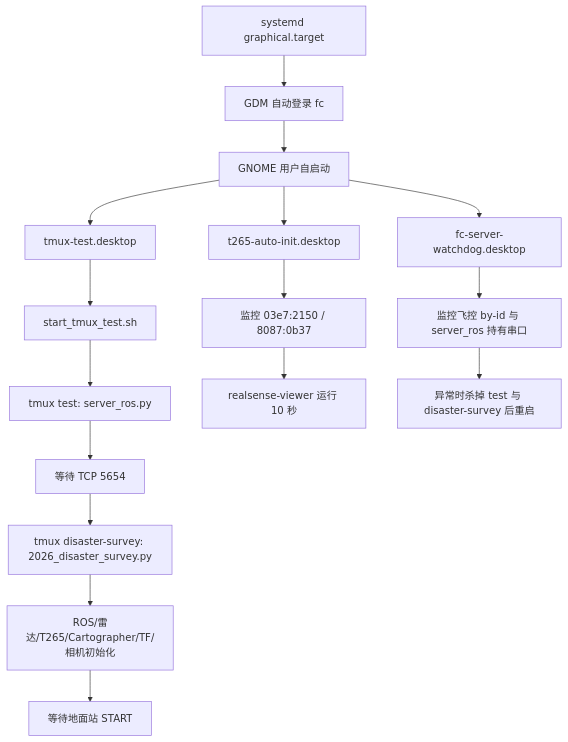
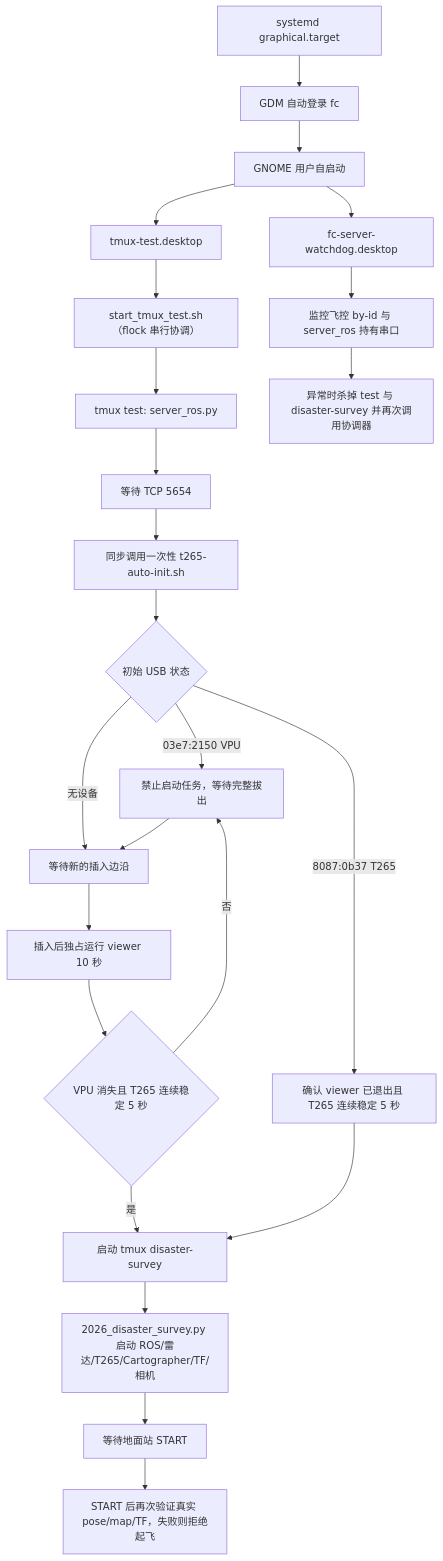
One commit to Cooper3516833584/DDDDDDRONE changed the diagram in FC_AUTOSTART_INVENTORY.md. Above: the diagram before and after it, drawn with Mermaid. The commit also changed other lines of this file, not shown here.

````diff
--- a/FC_AUTOSTART_INVENTORY.md
+++ b/FC_AUTOSTART_INVENTORY.md
@@ -20,18 +21,26 @@
 ```mermaid
 flowchart TD
     A["systemd graphical.target"] --> B["GDM 自动登录 fc"]
     B --> C["GNOME 用户自启动"]
     C --> D["tmux-test.desktop"]
-    C --> E["t265-auto-init.desktop"]
     C --> F["fc-server-watchdog.desktop"]
-    D --> G["start_tmux_test.sh"]
+    D --> G["start_tmux_test.sh（flock 串行协调）"]
     G --> H["tmux test: server_ros.py"]
     H --> I["等待 TCP 5654"]
-    I --> J["tmux disaster-survey: 2026_disaster_survey.py"]
-    J --> K["ROS/雷达/T265/Cartographer/TF/相机初始化"]
-    K --> L["等待地面站 START"]
-    E --> M["监控 03e7:2150 / 8087:0b37"]
-    M --> N["realsense-viewer 运行 10 秒"]
-    F --> O["监控飞控 by-id 与 server_ros 持有串口"]
-    O --> P["异常时杀掉 test 与 disaster-survey 后重启"]
+    I --> J["同步调用一次性 t265-auto-init.sh"]
+    J --> K{"初始 USB 状态"}
+    K -->|"8087:0b37 T265"| L["确认 viewer 已退出且 T265 连续稳定 5 秒"]
+    K -->|"03e7:2150 VPU"| M["禁止启动任务，等待完整拔出"]
+    K -->|"无设备"| N["等待新的插入边沿"]
+    M --> N
+    N --> O["插入后独占运行 viewer 10 秒"]
+    O --> P{"VPU 消失且 T265 连续稳定 5 秒"}
+    P -->|"否"| M
+    P -->|"是"| Q["启动 tmux disaster-survey"]
+    L --> Q
+    Q --> R["2026_disaster_survey.py 启动 ROS/雷达/T265/Cartographer/TF/相机"]
+    R --> S["等待地面站 START"]
+    S --> T["START 后再次验证真实 pose/map/TF，失败则拒绝起飞"]
+    F --> W["监控飞控 by-id 与 server_ros 持有串口"]
+    W --> U["异常时杀掉 test 与 disaster-survey 并再次调用协调器"]
 ```
````
